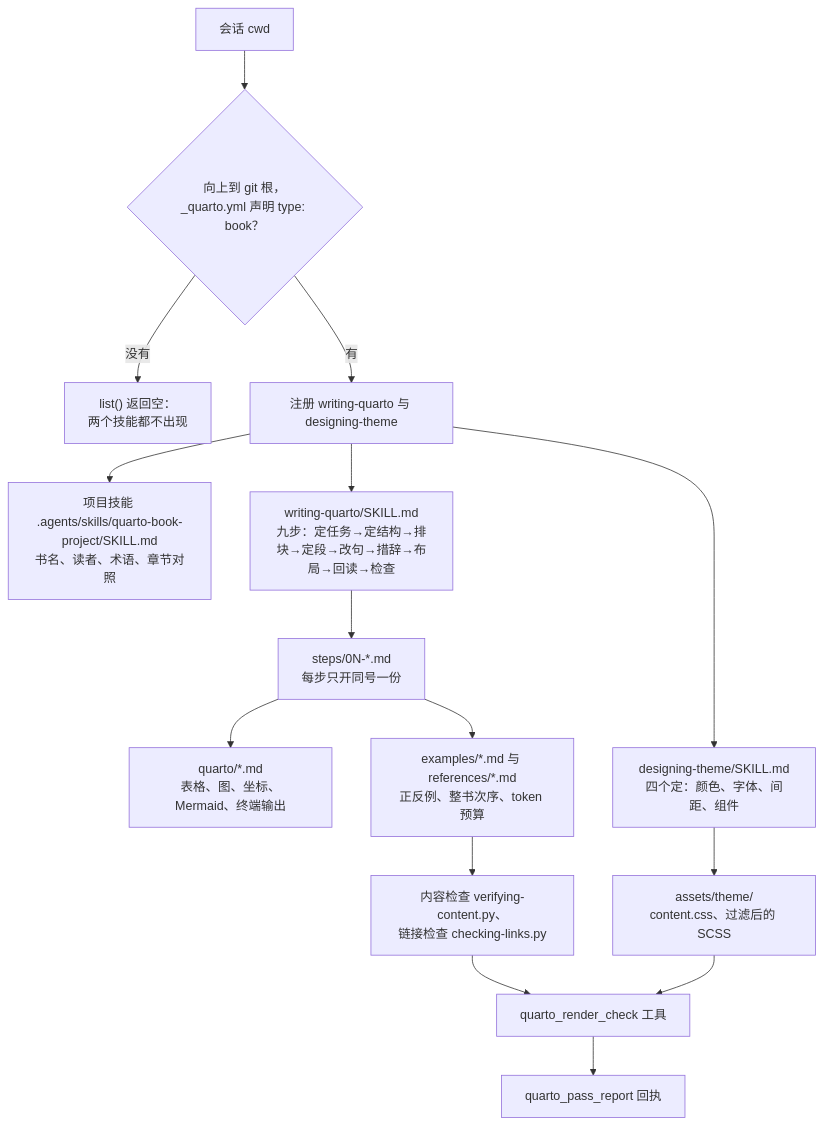
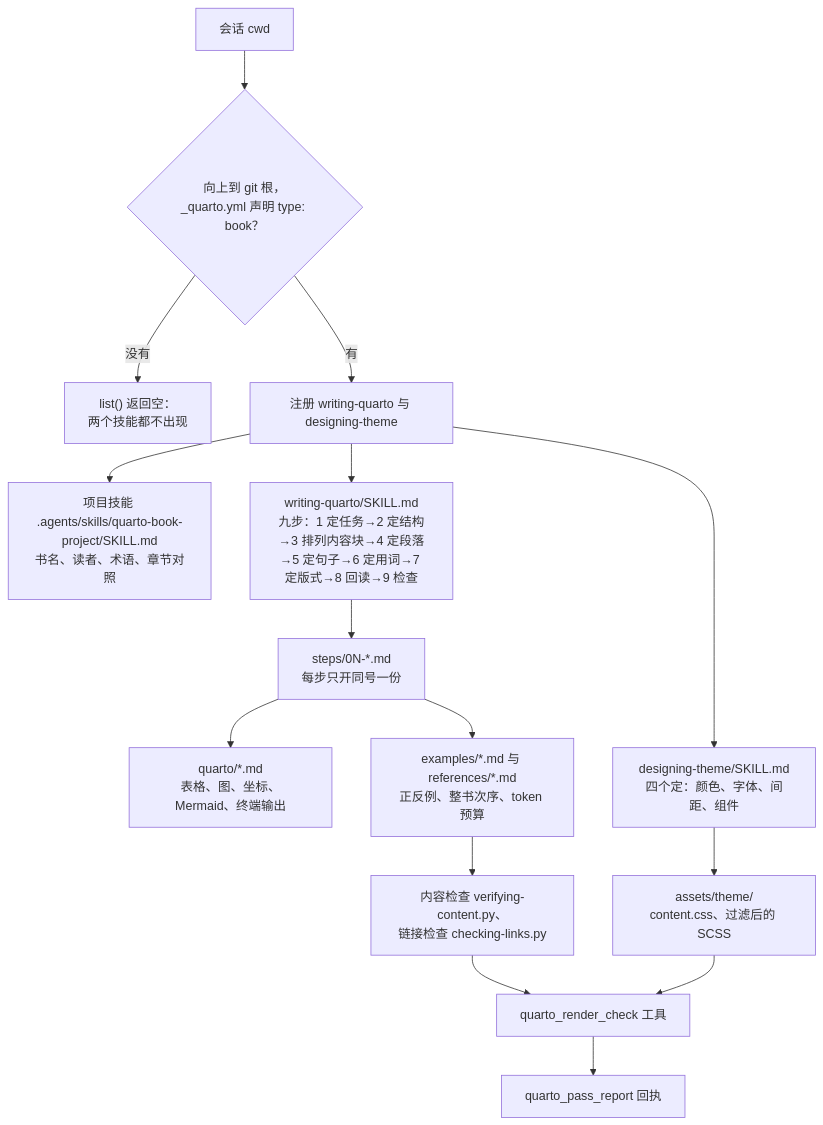
One commit to chengzhao-dev/dsh-quarto-book changed the diagram in docs/architecture.md. Above: the diagram before and after it, drawn with Mermaid. The commit also changed other lines of this file and 2 other files, not shown here.

Commit message:
docs(quarto-book): 统一渲染入口与步骤编号

````diff
--- a/docs/architecture.md
+++ b/docs/architecture.md
@@ -7,17 +7,17 @@
 ```mermaid
 flowchart TD
     A["会话 cwd"] --> B{"向上到 git 根，<br/>_quarto.yml 声明 type: book？"}
     B -- 没有 --> C["list() 返回空：<br/>两个技能都不出现"]
     B -- 有 --> D["注册 writing-quarto 与 designing-theme"]
     D --> E["项目技能 .agents/skills/quarto-book-project/SKILL.md<br/>书名、读者、术语、章节对照"]
-    D --> F["writing-quarto/SKILL.md<br/>九步：定任务→定结构→排块→定段→改句→措辞→布局→回读→检查"]
+    D --> F["writing-quarto/SKILL.md<br/>九步：1 定任务→2 定结构→3 排列内容块→4 定段落→5 定句子→6 定用词→7 定版式→8 回读→9 检查"]
     F --> G["steps/0N-*.md<br/>每步只开同号一份"]
     G --> H["quarto/*.md<br/>表格、图、坐标、Mermaid、终端输出"]
     G --> I["examples/*.md 与 references/*.md<br/>正反例、整书次序、token 预算"]
     I --> J["内容检查 verifying-content.py、<br/>链接检查 checking-links.py"]
     D --> K["designing-theme/SKILL.md<br/>四个定：颜色、字体、间距、组件"]
     K --> L["assets/theme/<br/>content.css、过滤后的 SCSS"]
     J --> M["quarto_render_check 工具"]
     L --> M
     M --> N["quarto_pass_report 回执"]
 ```
````
